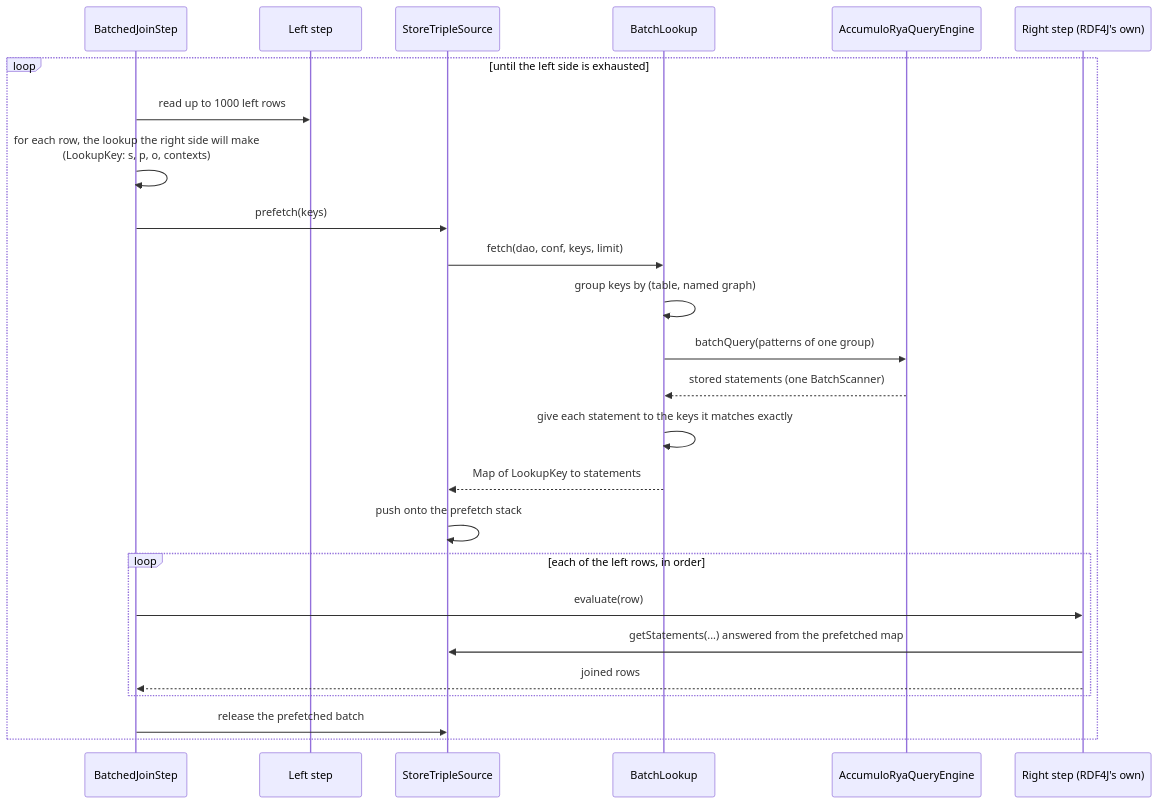
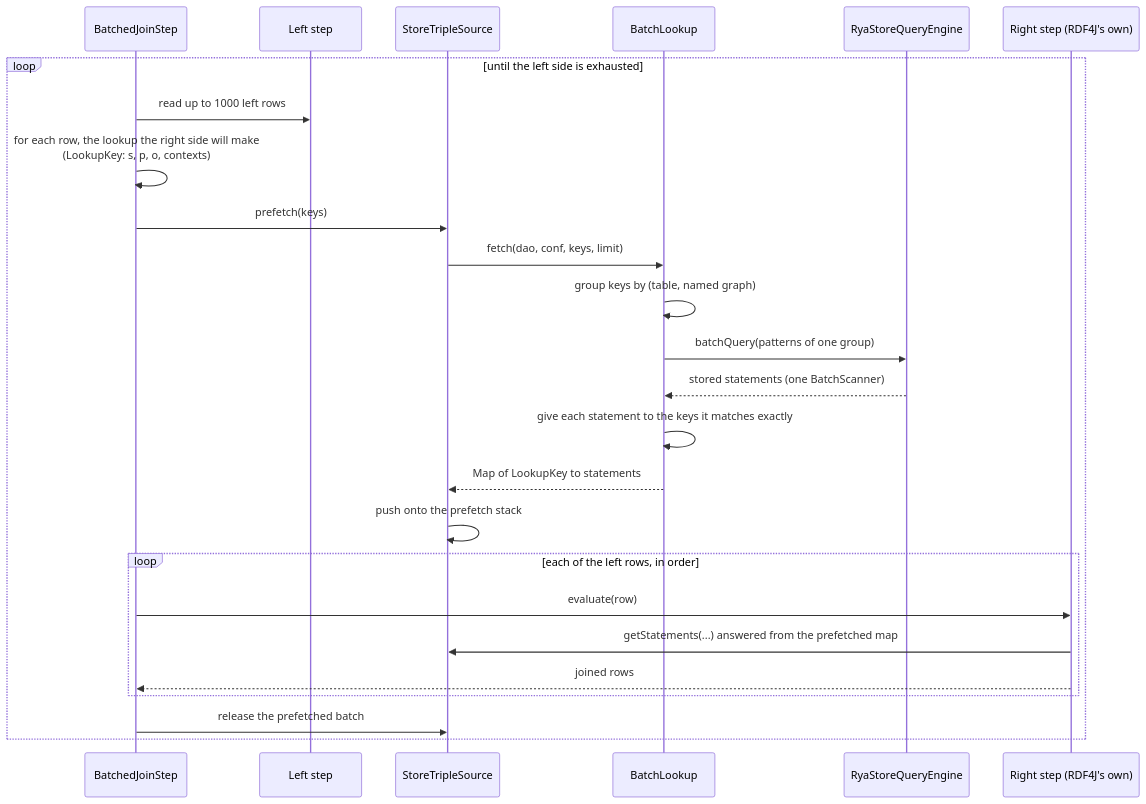
Diagram 13 of 21 in ARCH.md (dgreco/rya-ng), drawn with Mermaid before and after one commit. The commit also changed other lines of this file and 28 other files, not shown here.

````diff
--- a/ARCH.md
+++ b/ARCH.md
@@ -938,27 +946,27 @@
 ```mermaid
 sequenceDiagram
     participant BJ as BatchedJoinStep
     participant L as Left step
     participant TS as StoreTripleSource
     participant BL as BatchLookup
-    participant QE as AccumuloRyaQueryEngine
+    participant QE as RyaStoreQueryEngine
     participant R as Right step (RDF4J's own)
     loop until the left side is exhausted
         BJ->>L: read up to 1000 left rows
         BJ->>BJ: for each row, the lookup the right side will make<br/>(LookupKey: s, p, o, contexts)
         BJ->>TS: prefetch(keys)
         TS->>BL: fetch(dao, conf, keys, limit)
         BL->>BL: group keys by (table, named graph)
         BL->>QE: batchQuery(patterns of one group)
         QE-->>BL: stored statements (one BatchScanner)
         BL->>BL: give each statement to the keys it matches exactly
         BL-->>TS: Map of LookupKey to statements
         TS->>TS: push onto the prefetch stack
         loop each of the left rows, in order
             BJ->>R: evaluate(row)
             R->>TS: getStatements(...) answered from the prefetched map
             R-->>BJ: joined rows
         end
         BJ->>TS: release the prefetched batch
     end
 ```
````
